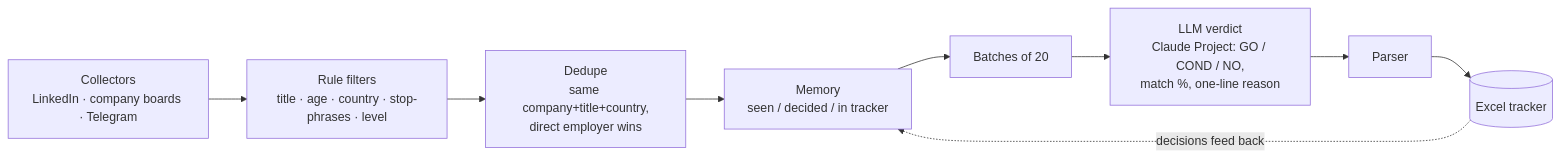
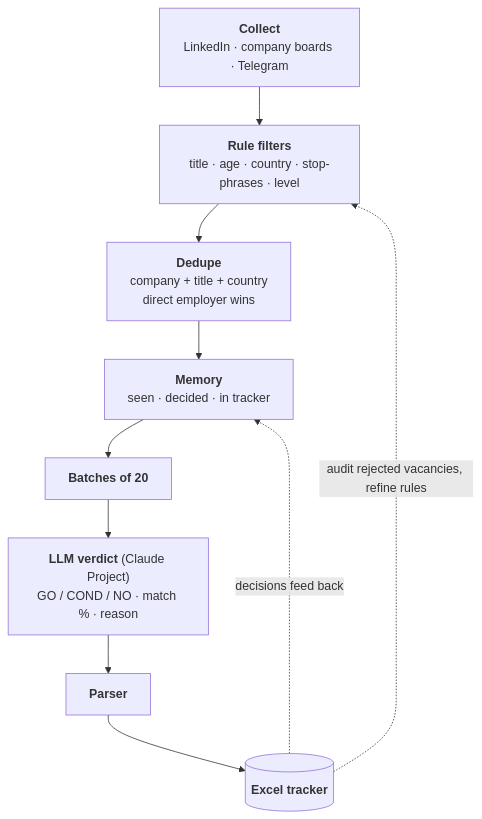
Before and after one commit to EkaterinaN20/lodestar-case: the diagram in README.md, drawn with Mermaid. The commit also changed other lines of this file, not shown here.

````diff
--- a/README.md
+++ b/README.md
@@ -13,11 +12,12 @@
 ```mermaid
-flowchart LR
-    A[Collectors<br/>LinkedIn · company boards · Telegram] --> B[Rule filters<br/>title · age · country · stop-phrases · level]
-    B --> C[Dedupe<br/>same company+title+country,<br/>direct employer wins]
-    C --> D[Memory<br/>seen / decided / in tracker]
-    D --> E[Batches of 20]
-    E --> F[LLM verdict<br/>Claude Project: GO / COND / NO,<br/>match %, one-line reason]
-    F --> G[Parser]
-    G --> H[(Excel tracker)]
-    H -. decisions feed back .-> D
+flowchart TD
+    A["<b>Collect</b><br/>LinkedIn · company boards · Telegram"] --> B["<b>Rule filters</b><br/>title · age · country · stop-phrases · level"]
+    B --> C["<b>Dedupe</b><br/>company + title + country<br/>direct employer wins"]
+    C --> D["<b>Memory</b><br/>seen · decided · in tracker"]
+    D --> E["<b>Batches of 20</b>"]
+    E --> F["<b>LLM verdict</b> (Claude Project)<br/>GO / COND / NO · match % · reason"]
+    F --> G["<b>Parser</b>"]
+    G --> H[("<b>Excel tracker</b>")]
+    H -. "decisions feed back" .-> D
+    H -. "audit rejected vacancies, refine rules" .-> B
 ```
````
